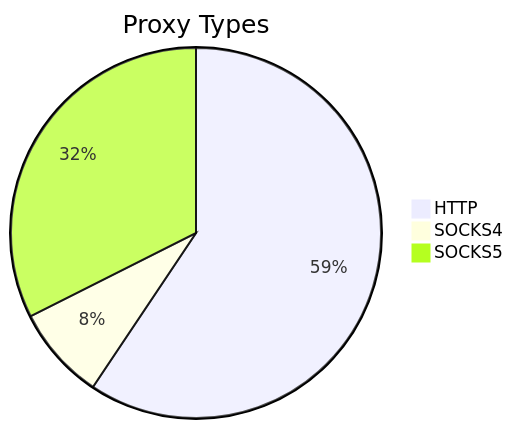
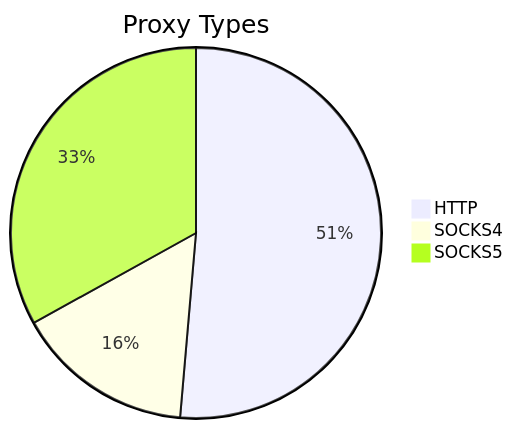
One commit to stormsia/proxy-list changed the first of 2 diagrams in README.md. Above: the diagram before and after it, drawn with Mermaid. The commit also changed other lines of this file, not shown here.

````diff
--- a/README.md
+++ b/README.md
@@ -21,6 +21,6 @@
 ```mermaid
 pie title Proxy Types
-    "HTTP" : 174
-    "SOCKS4" : 24
-    "SOCKS5" : 95
+    "HTTP" : 300
+    "SOCKS4" : 91
+    "SOCKS5" : 193
 ```
````
